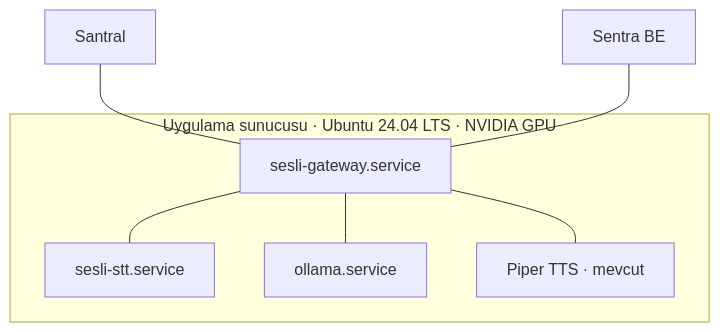
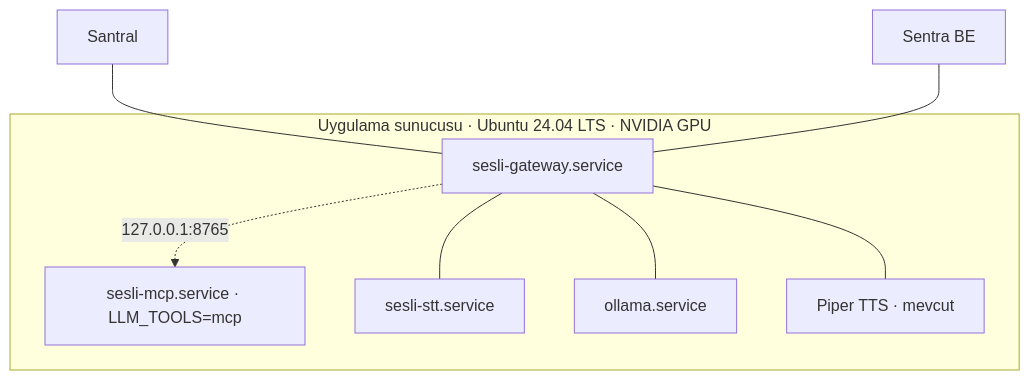
Before and after one commit to Tugbacevikk/sesli-asistan-gateway: diagram 11 of 11 in docs/tasarim.md, drawn with Mermaid. The commit also changed other lines of this file and 20 other files, not shown here.

First line of the commit message:
LLM'in rehber araması yerel MCP sunucusunda, seçilebilir (ADR-022)

````diff
--- a/docs/tasarim.md
+++ b/docs/tasarim.md
@@ -1256,12 +1261,14 @@
 ```mermaid
 flowchart TB
     subgraph server[Uygulama sunucusu · Ubuntu 24.04 LTS · NVIDIA GPU]
         gw[sesli-gateway.service]
+        mcp[sesli-mcp.service · LLM_TOOLS=mcp]
         stt[sesli-stt.service]
         ollama[ollama.service]
         tts[Piper TTS · mevcut]
     end
     pbx[Santral] --- gw
     sentra[Sentra BE] --- gw
     gw --- stt & ollama & tts
+    gw -.->|127.0.0.1:8765| mcp
 ```
````
